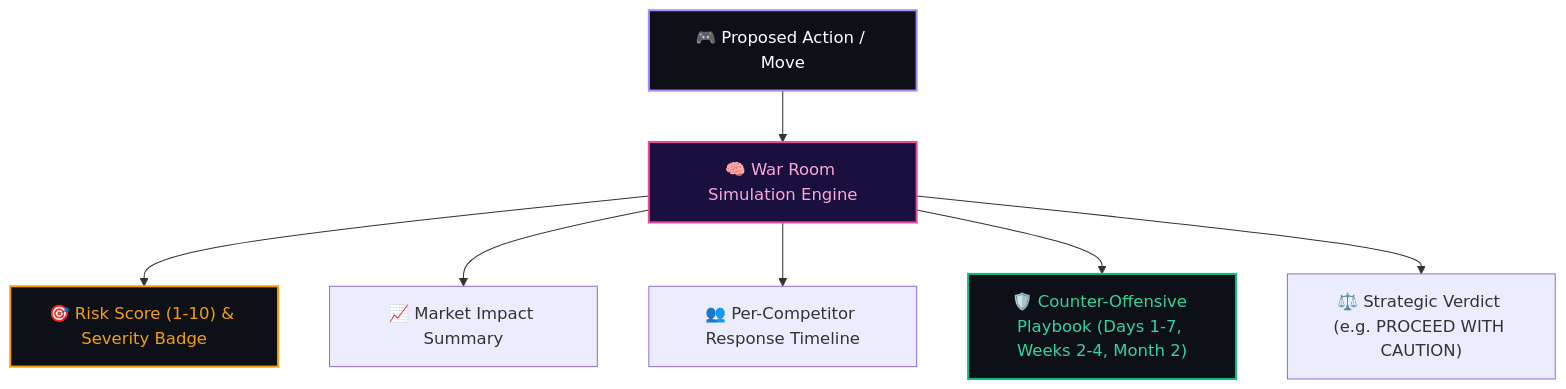
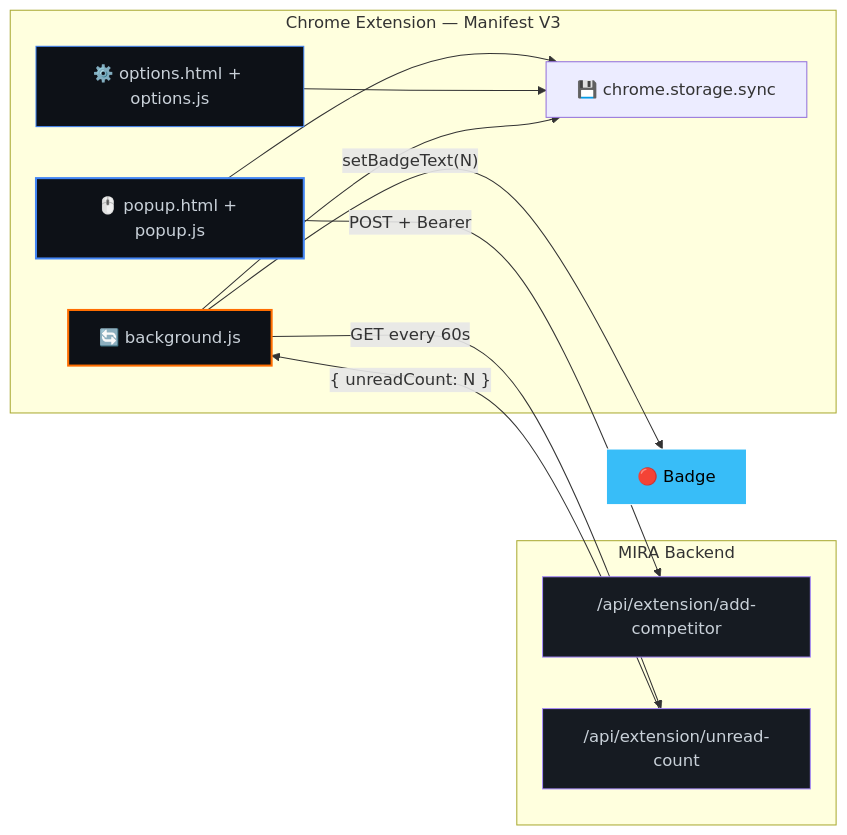
One commit to NitheshK4/MIRA changed the second of 3 diagrams in README.md. Above: the diagram before and after it, drawn with Mermaid. The commit also changed other lines of this file, not shown here.

````diff
--- a/README.md
+++ b/README.md
@@ -139,14 +345,29 @@
 ```mermaid
-graph TD
-    A["🎮 Proposed Action / Move"] --> B["🧠 War Room Simulation Engine"]
-    B --> C["🎯 Risk Score (1-10) & Severity Badge"]
-    B --> D["📈 Market Impact Summary"]
-    B --> E["👥 Per-Competitor Response Timeline"]
-    B --> F["🛡️ Counter-Offensive Playbook (Days 1-7, Weeks 2-4, Month 2)"]
-    B --> G["⚖️ Strategic Verdict (e.g. PROCEED WITH CAUTION)"]
+graph LR
+    subgraph "Chrome Extension — Manifest V3"
+        POPUP["🖱️ popup.html + popup.js"]
+        OPTIONS["⚙️ options.html + options.js"]
+        BG["🔄 background.js"]
+        STORAGE["💾 chrome.storage.sync"]
+    end
 
-    style A fill:#0d1117,stroke:#A78BFA,stroke-width:2px,color:#fff
-    style B fill:#1a1040,stroke:#EC4899,stroke-width:2px,color:#f9a8d4
-    style C fill:#0d1117,stroke:#F59E0B,stroke-width:2px,color:#F59E0B
-    style F fill:#0d1117,stroke:#10B981,stroke-width:2px,color:#34D399
+    subgraph "MIRA Backend"
+        API_ADD["/api/extension/add-competitor"]
+        API_UNREAD["/api/extension/unread-count"]
+    end
+
+    POPUP -->|"POST + Bearer"| API_ADD
+    BG -->|"GET every 60s"| API_UNREAD
+    API_UNREAD -->|"{ unreadCount: N }"| BG
+    BG -->|"setBadgeText(N)"| BADGE["🔴 Badge"]
+    POPUP --> STORAGE
+    OPTIONS --> STORAGE
+    BG --> STORAGE
+
+    style POPUP fill:#0d1117,stroke:#4285F4,stroke-width:2px,color:#c9d1d9
+    style BG fill:#0d1117,stroke:#FF6D00,stroke-width:2px,color:#c9d1d9
+    style OPTIONS fill:#0d1117,stroke:#4285F4,stroke-width:1px,color:#c9d1d9
+    style BADGE fill:#38bdf8,stroke:#fff,stroke-width:1px,color:#000
+    style API_ADD fill:#161b22,stroke:#A78BFA,stroke-width:1px,color:#c9d1d9
+    style API_UNREAD fill:#161b22,stroke:#A78BFA,stroke-width:1px,color:#c9d1d9
 ```
````
